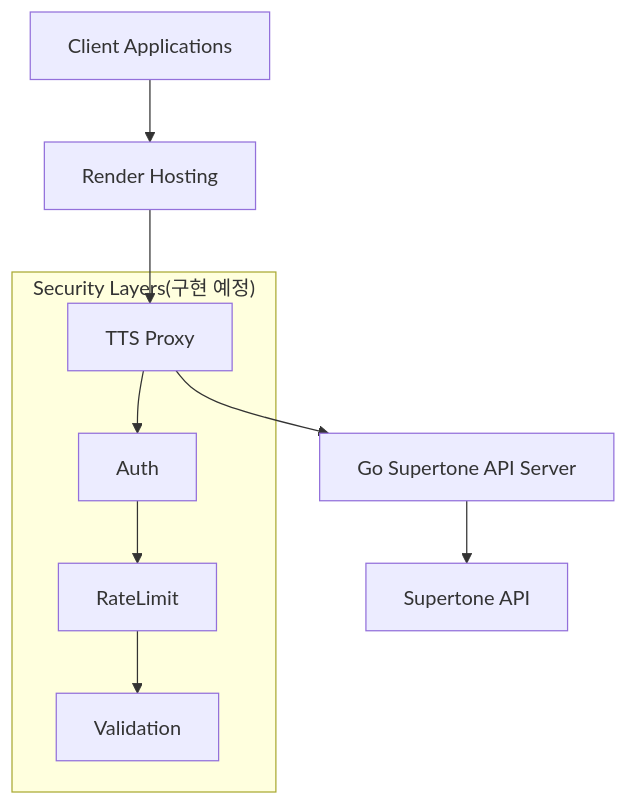
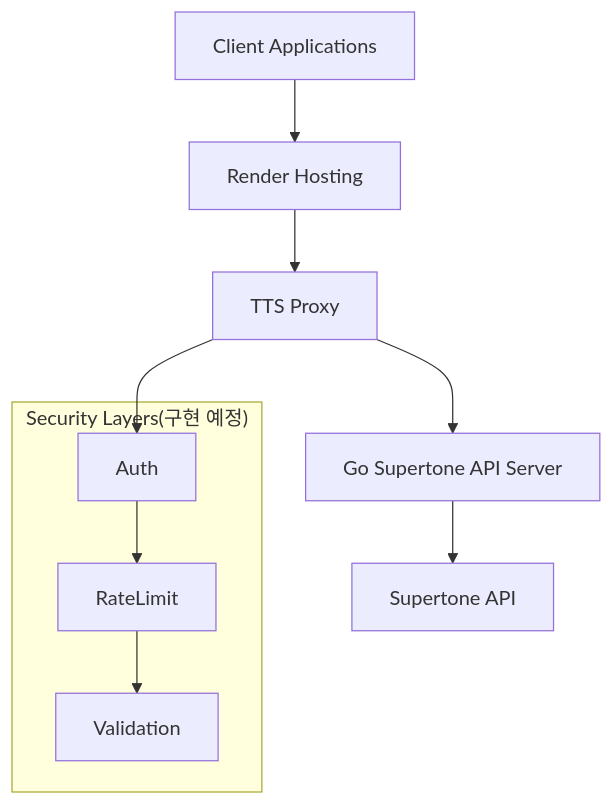
One commit to 8848man/supertone_api changed the diagram in README.md. Above: the diagram before and after it, drawn with Mermaid.

````diff
--- a/README.md
+++ b/README.md
@@ -19,13 +19,13 @@
 ```mermaid
 graph TB
     Client[Client Applications] --> Hosting[Render Hosting] --> Proxy[TTS Proxy]
-    Proxy[TTS Proxy] --> API[Go Supertone API Server]
+    Proxy --> API[Go Supertone API Server]
     API --> Supertone[Supertone API]
+    Proxy --> Auth
     
     subgraph "Security Layers(구현 예정)"
         
-        Proxy --> Auth
         Auth --> RateLimit
         RateLimit --> Validation
     end
 ```
````
